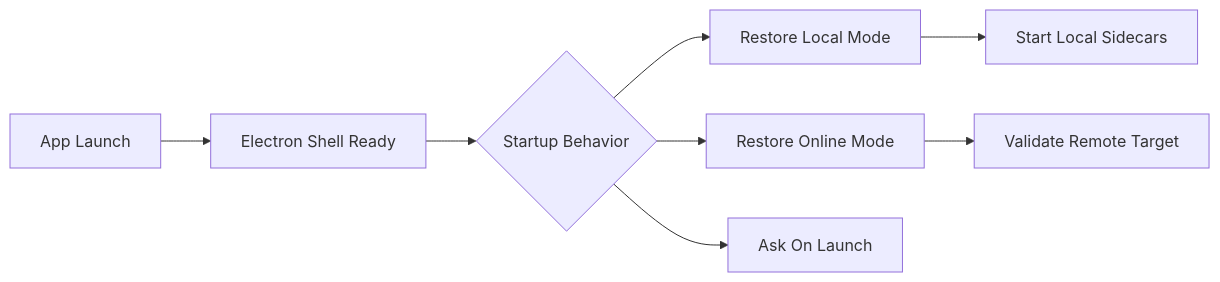
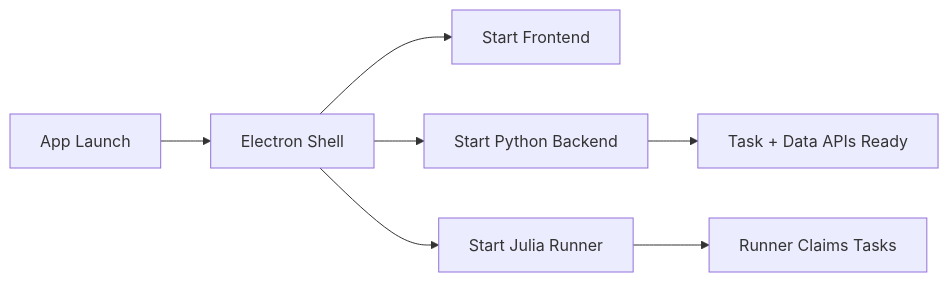
Before and after one commit to arfiligol/superconducting-circuits-research-workbench: the diagram in docs/explanation/architecture/desktop-runtime-supervisor.md, drawn with Mermaid. The commit also changed other lines of this file and 580 other files, not shown here.

First line of the commit message:
refactor: introduce julia runner compute plane

````diff
--- a/docs/explanation/architecture/desktop-runtime-supervisor.md
+++ b/docs/explanation/architecture/desktop-runtime-supervisor.md
@@ -92,10 +52,9 @@
 ```mermaid
 flowchart LR
-    A["App Launch"] --> B["Electron Shell Ready"]
-    B --> C{"Startup Behavior"}
-    C --> D["Restore Local Mode"]
-    C --> E["Restore Online Mode"]
-    C --> F["Ask On Launch"]
-    D --> G["Start Local Sidecars"]
-    E --> H["Validate Remote Target"]
+    Launch["App Launch"] --> Shell["Electron Shell"]
+    Shell --> Frontend["Start Frontend"]
+    Shell --> Backend["Start Python Backend"]
+    Shell --> Runner["Start Julia Runner"]
+    Backend --> API["Task + Data APIs Ready"]
+    Runner --> Claim["Runner Claims Tasks"]
 ```
````
